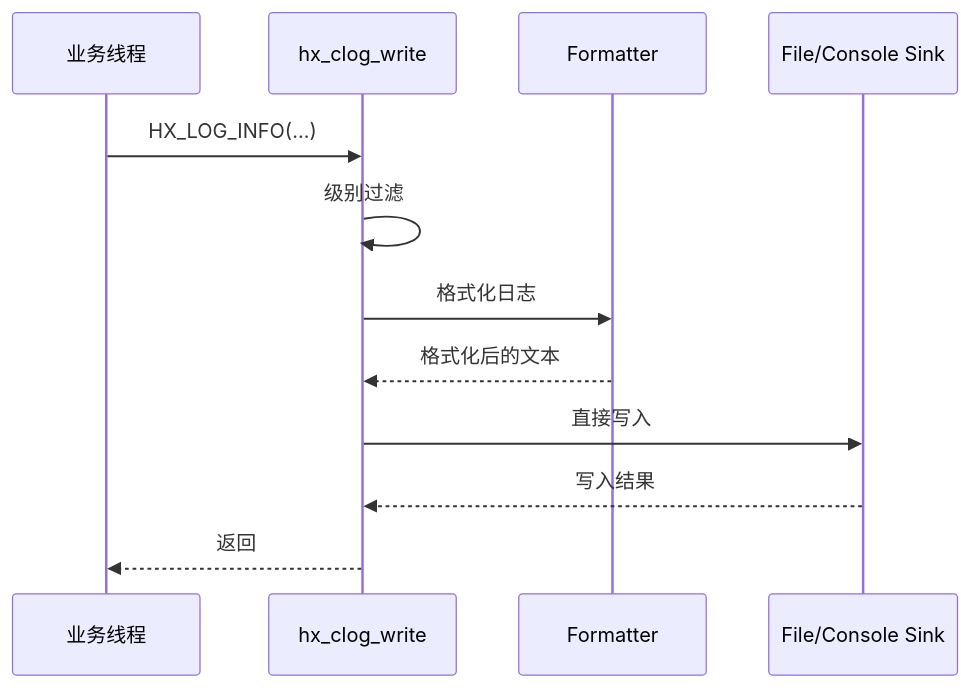
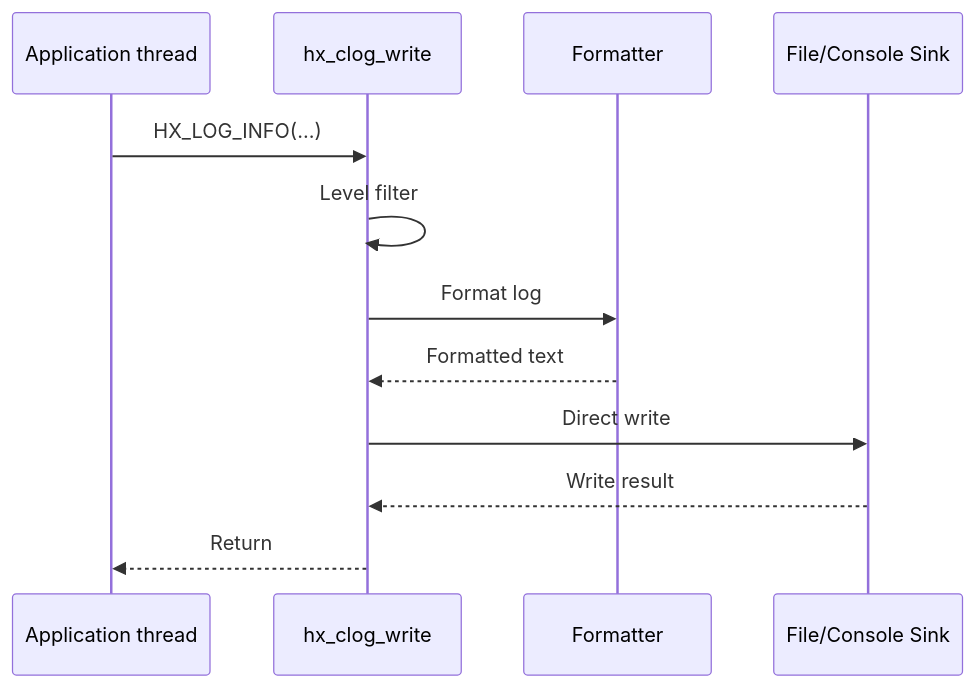
The third of 12 diagrams in README.md (HuangX666/hx_clog), drawn with Mermaid before and after one commit. The commit also changed other lines of this file and 9 other files, not shown here.

````diff
--- a/README.md
+++ b/README.md
@@ -531,15 +534,15 @@
 ```mermaid
 sequenceDiagram
-    participant App as 业务线程
+    participant App as Application thread
     participant API as hx_clog_write
     participant Fmt as Formatter
     participant Sink as File/Console Sink
 
     App->>API: HX_LOG_INFO(...)
-    API->>API: 级别过滤
-    API->>Fmt: 格式化日志
-    Fmt-->>API: 格式化后的文本
-    API->>Sink: 直接写入
-    Sink-->>API: 写入结果
-    API-->>App: 返回
+    API->>API: Level filter
+    API->>Fmt: Format log
+    Fmt-->>API: Formatted text
+    API->>Sink: Direct write
+    Sink-->>API: Write result
+    API-->>App: Return
 ```
````
